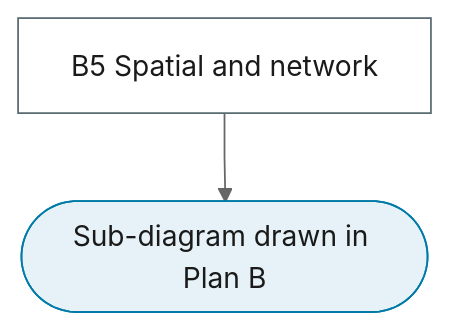
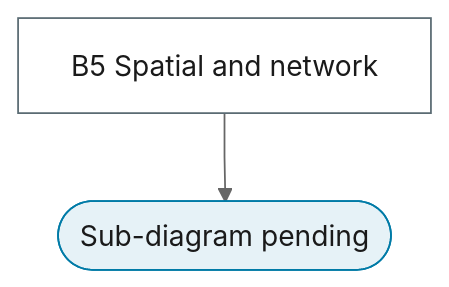
Before and after one commit to Shuxin-Y/time-series-analysis-manual: the diagram in docs/reference/20-spatio-temporal/index.md, drawn with Mermaid (neutral theme). The commit also changed other lines of this file and 66 other files, not shown here.

````diff
--- a/docs/reference/20-spatio-temporal/index.md
+++ b/docs/reference/20-spatio-temporal/index.md
@@ -9,15 +7,15 @@
 ```mermaid
 %%{init: {"flowchart": {"curve": "linear"}}}%%
 graph TD
-    B5["B5 Spatial and network"] --> B5_PENDING(["Sub-diagram drawn in Plan B"])
+    B5["B5 Spatial and network"] --> B5_PENDING(["Sub-diagram pending"])
     class B5 process
     class B5_PENDING terminator
     classDef terminator fill:#E6F2F7,stroke:#007BA7,color:#1A1A1A;
     classDef process fill:#FFFFFF,stroke:#5A6B73,color:#1A1A1A;
     classDef decision fill:#EFE7F0,stroke:#9B7FA7,color:#1A1A1A;
     classDef data fill:#FFF4E0,stroke:#C9A55E,color:#1A1A1A;
     classDef good fill:#DCEFD8,stroke:#4A7A3F,color:#1A1A1A;
     classDef escalate fill:#FFE9C2,stroke:#C9A55E,color:#1A1A1A;
     classDef problem fill:#F2D9DE,stroke:#800020,color:#1A1A1A;
     classDef ref fill:#F7F7F7,stroke:#5A6B73,color:#1A1A1A,stroke-dasharray:4 3;
 ```
````
